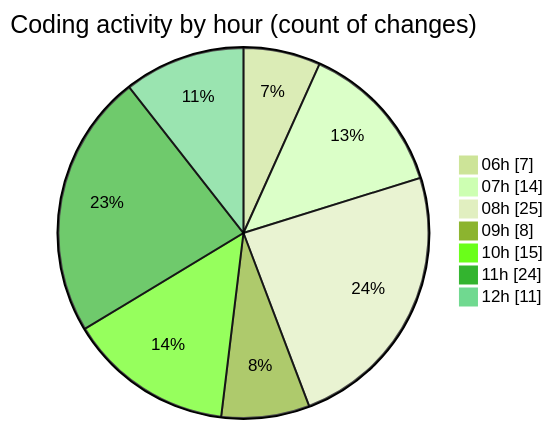
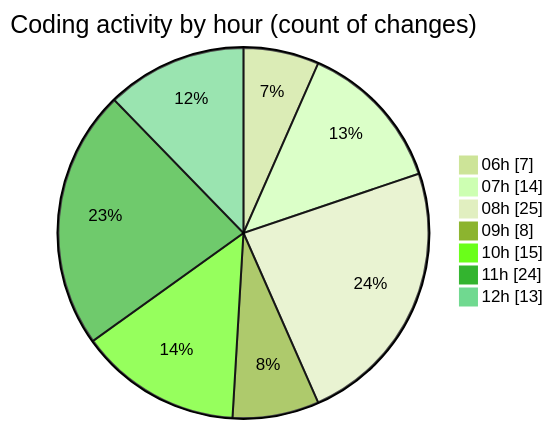
The second of 2 diagrams in 2025-04-18/zeytoon/README.md (vahidmafi/code-tracking), drawn with Mermaid (forest theme) before and after one commit. The commit also changed other lines of this file and 1 other file, not shown here.

````diff
--- a/2025-04-18/zeytoon/README.md
+++ b/2025-04-18/zeytoon/README.md
@@ -44,11 +44,11 @@
 ```mermaid
 pie showData
 title Coding activity by hour (count of changes)
 "06h" : 7
 "07h" : 14
 "08h" : 25
 "09h" : 8
 "10h" : 15
 "11h" : 24
-"12h" : 11
+"12h" : 13
 ```
````
